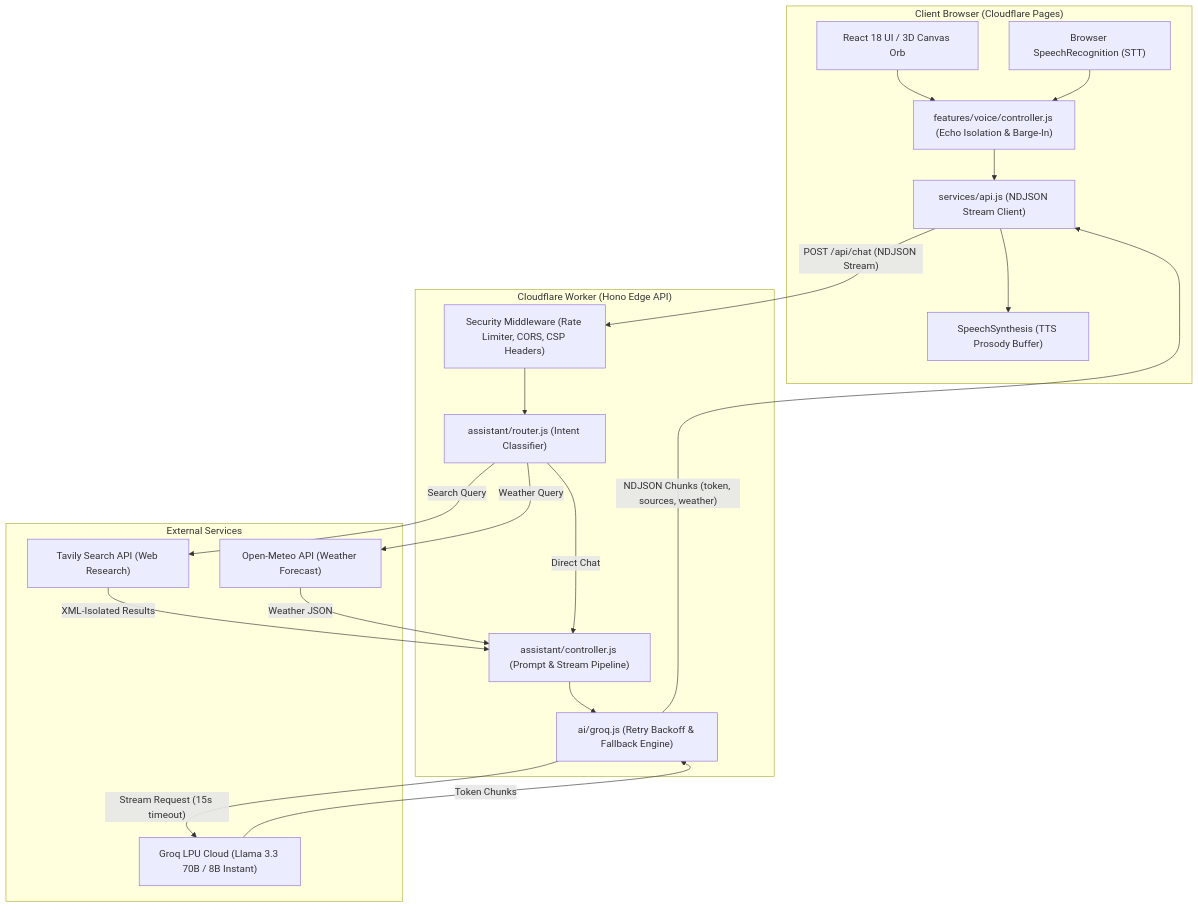
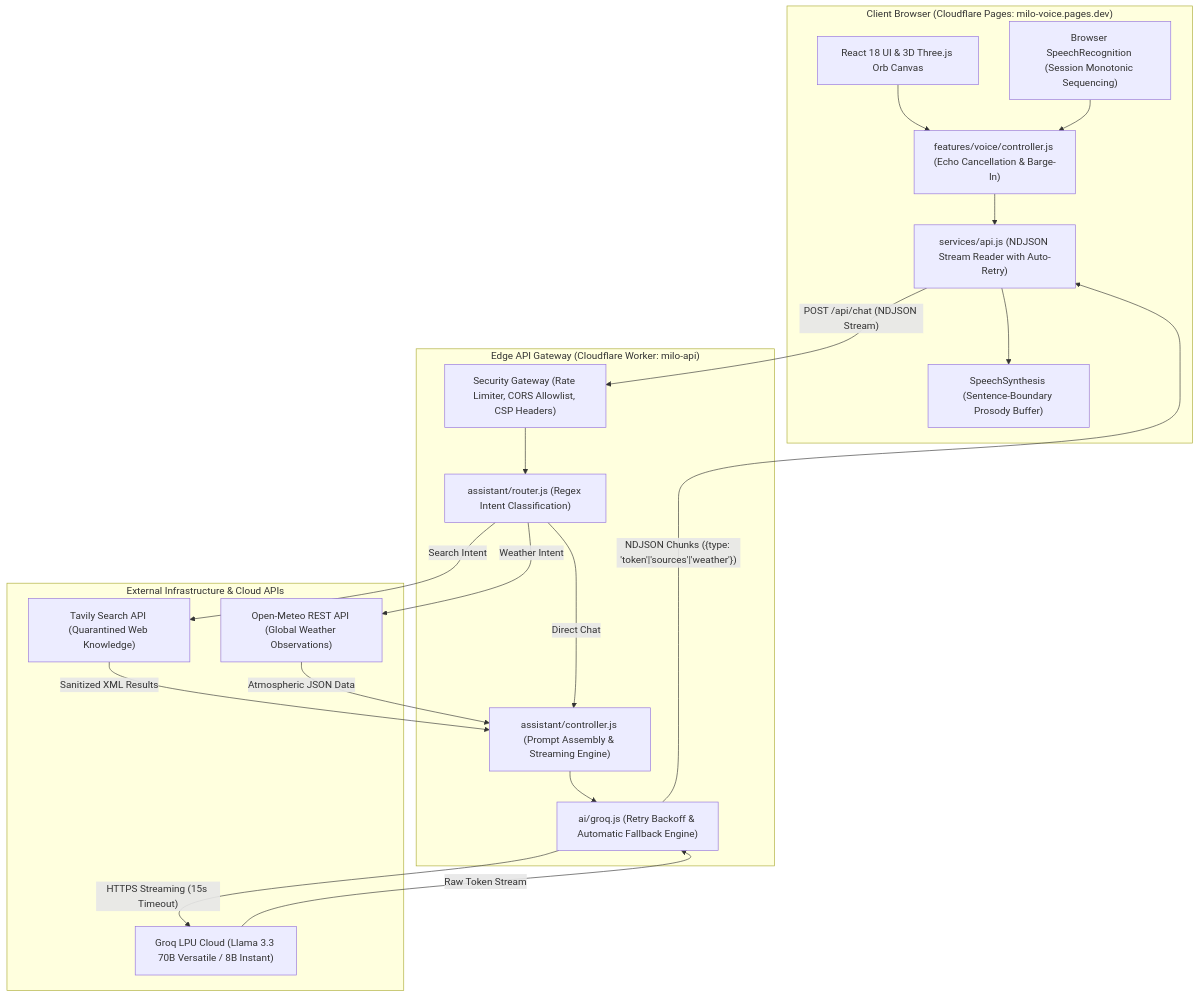
Before and after one commit to chetanaybuilder/Milo: the first of 2 diagrams in README.md, drawn with Mermaid. The commit also changed other lines of this file and 7 other files, not shown here.

````diff
--- a/README.md
+++ b/README.md
@@ -89,49 +113,49 @@
 ```mermaid
 flowchart TD
-    subgraph Client ["Client Browser (Cloudflare Pages)"]
-        UI["React 18 UI / 3D Canvas Orb"]
-        STT["Browser SpeechRecognition (STT)"]
-        TTS["SpeechSynthesis (TTS Prosody Buffer)"]
-        ClientService["services/api.js (NDJSON Stream Client)"]
-        VoiceCtrl["features/voice/controller.js (Echo Isolation & Barge-In)"]
+    subgraph Client ["Client Browser (Cloudflare Pages: milo-voice.pages.dev)"]
+        UI["React 18 UI & 3D Three.js Orb Canvas"]
+        STT["Browser SpeechRecognition (Session Monotonic Sequencing)"]
+        TTS["SpeechSynthesis (Sentence-Boundary Prosody Buffer)"]
+        ClientStream["services/api.js (NDJSON Stream Reader with Auto-Retry)"]
+        VoiceMachine["features/voice/controller.js (Echo Cancellation & Barge-In)"]
     end
 
-    subgraph Edge ["Cloudflare Worker (Hono Edge API)"]
-        SecMiddleware["Security Middleware (Rate Limiter, CORS, CSP Headers)"]
-        Router["assistant/router.js (Intent Classifier)"]
-        AssistantCtrl["assistant/controller.js (Prompt & Stream Pipeline)"]
-        GroqClient["ai/groq.js (Retry Backoff & Fallback Engine)"]
+    subgraph Edge ["Edge API Gateway (Cloudflare Worker: milo-api)"]
+        Firewall["Security Gateway (Rate Limiter, CORS Allowlist, CSP Headers)"]
+        IntentRouter["assistant/router.js (Regex Intent Classification)"]
+        Controller["assistant/controller.js (Prompt Assembly & Streaming Engine)"]
+        AIClient["ai/groq.js (Retry Backoff & Automatic Fallback Engine)"]
     end
 
-    subgraph External ["External Services"]
-        GroqLPU["Groq LPU Cloud (Llama 3.3 70B / 8B Instant)"]
-        Tavily["Tavily Search API (Web Research)"]
-        OpenMeteo["Open-Meteo API (Weather Forecast)"]
+    subgraph Services ["External Infrastructure & Cloud APIs"]
+        GroqCloud["Groq LPU Cloud (Llama 3.3 70B Versatile / 8B Instant)"]
+        TavilyAPI["Tavily Search API (Quarantined Web Knowledge)"]
+        MeteoAPI["Open-Meteo REST API (Global Weather Observations)"]
     end
 
-    %% Client internal flow
-    UI --> VoiceCtrl
-    STT --> VoiceCtrl
-    VoiceCtrl --> ClientService
-    ClientService --> TTS
+    %% Client flow
+    UI --> VoiceMachine
+    STT --> VoiceMachine
+    VoiceMachine --> ClientStream
+    ClientStream --> TTS
 
     %% Client to Edge
-    ClientService -- "POST /api/chat (NDJSON Stream)" --> SecMiddleware
-    SecMiddleware --> Router
+    ClientStream -- "POST /api/chat (NDJSON Stream)" --> Firewall
+    Firewall --> IntentRouter
 
     %% Edge tool routing
-    Router -- "Search Query" --> Tavily
-    Router -- "Weather Query" --> OpenMeteo
-    Router -- "Direct Chat" --> AssistantCtrl
+    IntentRouter -- "Weather Intent" --> MeteoAPI
+    IntentRouter -- "Search Intent" --> TavilyAPI
+    IntentRouter -- "Direct Chat" --> Controller
 
-    Tavily -- "XML-Isolated Results" --> AssistantCtrl
-    OpenMeteo -- "Weather JSON" --> AssistantCtrl
+    TavilyAPI -- "Sanitized XML Results" --> Controller
+    MeteoAPI -- "Atmospheric JSON Data" --> Controller
 
-    %% Edge to AI
-    AssistantCtrl --> GroqClient
-    GroqClient -- "Stream Request (15s timeout)" --> GroqLPU
-    GroqLPU -- "Token Chunks" --> GroqClient
+    %% Edge to Groq
+    Controller --> AIClient
+    AIClient -- "HTTPS Streaming (15s Timeout)" --> GroqCloud
+    GroqCloud -- "Raw Token Stream" --> AIClient
 
     %% Edge back to Client
-    GroqClient -- "NDJSON Chunks (token, sources, weather)" --> ClientService
+    AIClient -- "NDJSON Chunks ({type: 'token'|'sources'|'weather'})" --> ClientStream
 ```
````
